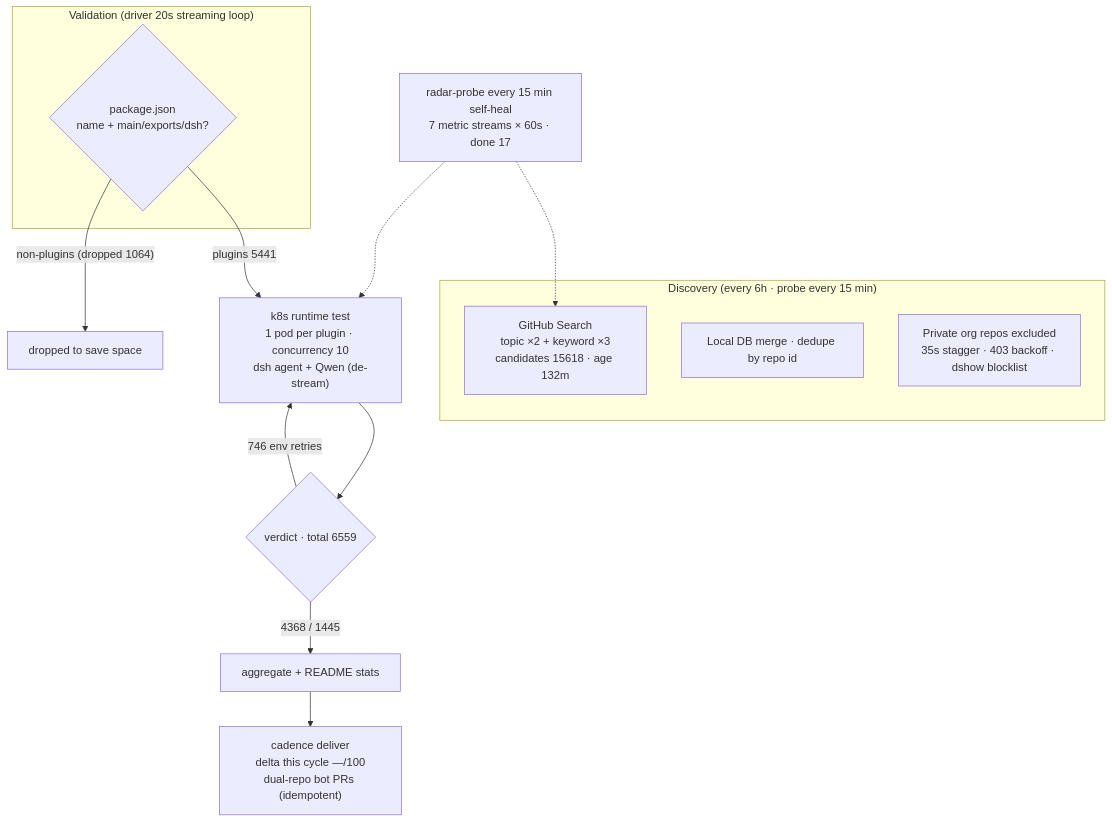
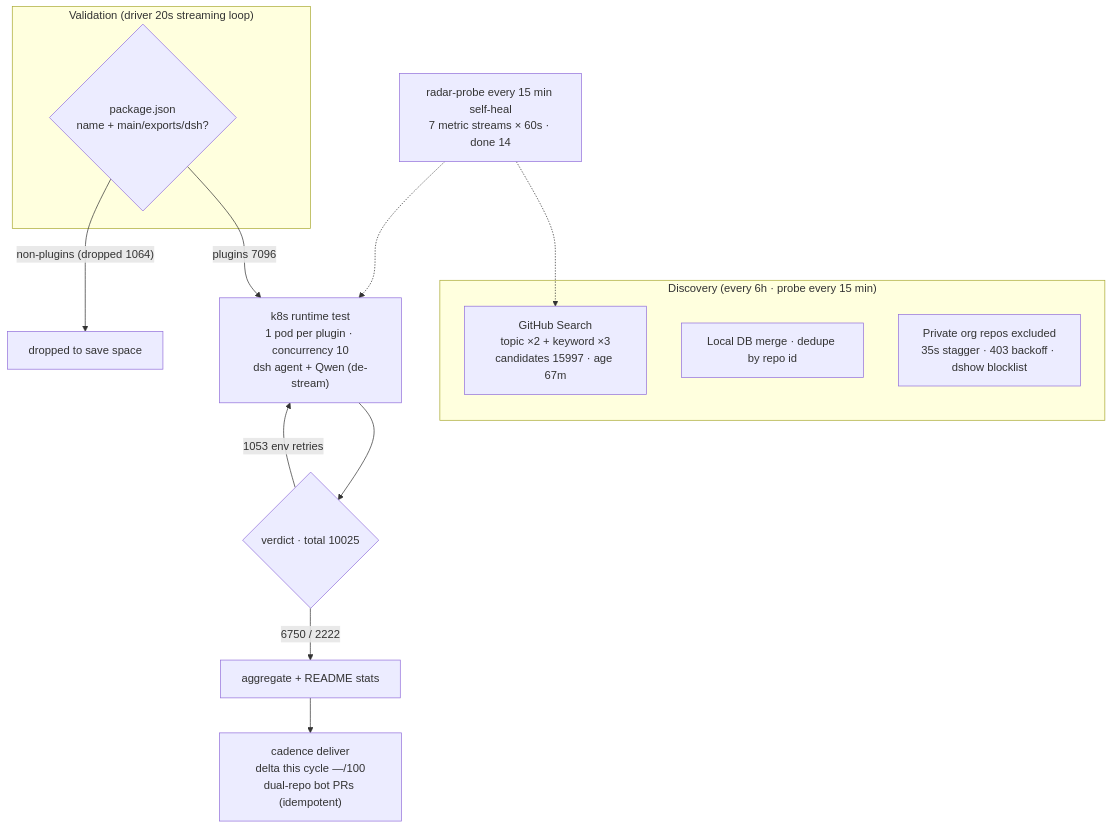
One commit to Zhidao-Lab-OSS/awesome-dsh-plugins changed the diagram in README.en-US.md. Above: the diagram before and after it, drawn with Mermaid. The commit also changed other lines of this file and 1 other file, not shown here.

````diff
--- a/README.en-US.md
+++ b/README.en-US.md
@@ -30,20 +30,20 @@
 ```mermaid
 flowchart TB
     subgraph Discovery["Discovery (every 6h · probe every 15 min)"]
-        A1["GitHub Search<br/>topic ×2 + keyword ×3<br/>candidates 15618 · age 132m"]
+        A1["GitHub Search<br/>topic ×2 + keyword ×3<br/>candidates 15997 · age 67m"]
         A2["Local DB merge · dedupe by repo id"]
         A3["Private org repos excluded<br/>35s stagger · 403 backoff · dshow blocklist"]
     end
     subgraph Validation["Validation (driver 20s streaming loop)"]
         B1{"package.json<br/>name + main/exports/dsh?"}
     end
-    B1 -->|"plugins 5441"| C1["k8s runtime test<br/>1 pod per plugin · concurrency 10<br/>dsh agent + Qwen (de-stream)"]
+    B1 -->|"plugins 7096"| C1["k8s runtime test<br/>1 pod per plugin · concurrency 10<br/>dsh agent + Qwen (de-stream)"]
     B1 -->|"non-plugins (dropped 1064)"| B3["dropped to save space"]
-    C1 --> D1{"verdict · total 6559"}
-    D1 -->|"4368 / 1445"| E1["aggregate + README stats"]
-    D1 -->|"746 env retries"| C1
+    C1 --> D1{"verdict · total 10025"}
+    D1 -->|"6750 / 2222"| E1["aggregate + README stats"]
+    D1 -->|"1053 env retries"| C1
     E1 --> E2["cadence deliver<br/>delta this cycle —/100<br/>dual-repo bot PRs (idempotent)"]
-    M["radar-probe every 15 min self-heal<br/>7 metric streams × 60s · done 17"]
+    M["radar-probe every 15 min self-heal<br/>7 metric streams × 60s · done 14"]
     M -.-> A1
     M -.-> C1
 ```
````
